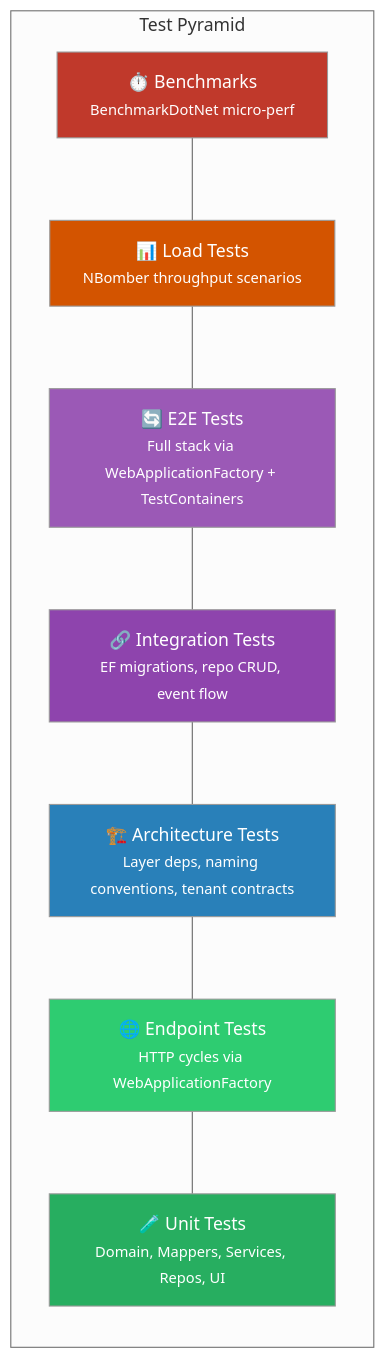
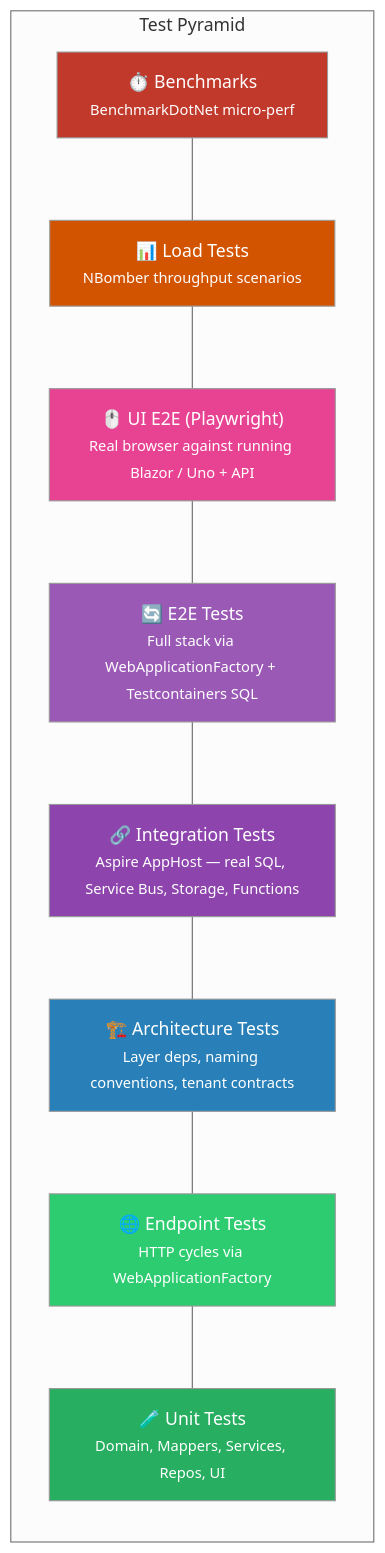
Diagram 16 of 18 in docs/tech-design.md (efreeman518/AI-Instructions-ReferenceApp), drawn with Mermaid (neutral theme) before and after one commit. The commit also changed other lines of this file and 2 other files, not shown here.

````diff
--- a/docs/tech-design.md
+++ b/docs/tech-design.md
@@ -869,23 +869,25 @@
 ```mermaid
 graph TB
     subgraph pyramid["Test Pyramid"]
         direction BT
         UNIT["🧪 Unit Tests<br/><small>Domain, Mappers, Services, Repos, UI</small>"]
         ENDPOINTS["🌐 Endpoint Tests<br/><small>HTTP cycles via WebApplicationFactory</small>"]
         ARCH["🏗️ Architecture Tests<br/><small>Layer deps, naming conventions, tenant contracts</small>"]
-        INT["🔗 Integration Tests<br/><small>EF migrations, repo CRUD, event flow</small>"]
-        E2E["🔄 E2E Tests<br/><small>Full stack via WebApplicationFactory + TestContainers</small>"]
+        INT["🔗 Integration Tests<br/><small>Aspire AppHost — real SQL, Service Bus, Storage, Functions</small>"]
+        E2E["🔄 E2E Tests<br/><small>Full stack via WebApplicationFactory + Testcontainers SQL</small>"]
+        UIE2E["🖱️ UI E2E (Playwright)<br/><small>Real browser against running Blazor / Uno + API</small>"]
         LOAD["📊 Load Tests<br/><small>NBomber throughput scenarios</small>"]
         BENCH["⏱️ Benchmarks<br/><small>BenchmarkDotNet micro-perf</small>"]
     end
 
-    UNIT --- ENDPOINTS --- ARCH --- INT --- E2E --- LOAD --- BENCH
+    UNIT --- ENDPOINTS --- ARCH --- INT --- E2E --- UIE2E --- LOAD --- BENCH
 
     style UNIT fill:#27ae60,color:#fff
     style ENDPOINTS fill:#2ecc71,color:#fff
     style ARCH fill:#2980b9,color:#fff
     style INT fill:#8e44ad,color:#fff
     style E2E fill:#9b59b6,color:#fff
+    style UIE2E fill:#e84393,color:#fff
     style LOAD fill:#d35400,color:#fff
     style BENCH fill:#c0392b,color:#fff
 ```
````
